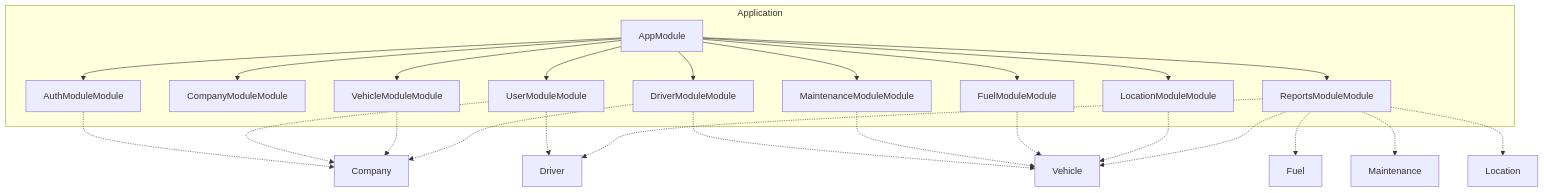
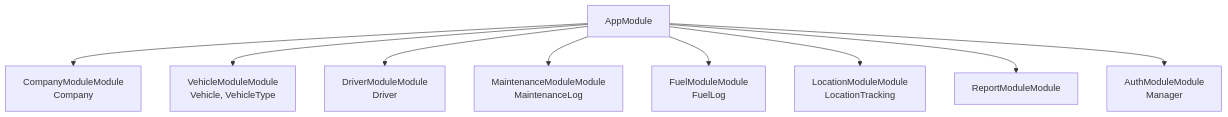
The diagram in output/nestjs/ARCHITECTURE.md (AdmirDemaj1/RDBMS-BUILDER-AGENTIC-MODEL), drawn with Mermaid before and after one commit. The commit also changed other lines of this file and 23 other files, not shown here.

````diff
--- a/output/nestjs/ARCHITECTURE.md
+++ b/output/nestjs/ARCHITECTURE.md
@@ -126,39 +83,20 @@
 ```mermaid
 graph TD
-    subgraph Application
-        AppModule[AppModule]
-        AuthModule[AuthModuleModule]
-        AppModule --> AuthModule
-        CompanyModule[CompanyModuleModule]
-        AppModule --> CompanyModule
-        UserModule[UserModuleModule]
-        AppModule --> UserModule
-        VehicleModule[VehicleModuleModule]
-        AppModule --> VehicleModule
-        DriverModule[DriverModuleModule]
-        AppModule --> DriverModule
-        MaintenanceModule[MaintenanceModuleModule]
-        AppModule --> MaintenanceModule
-        FuelModule[FuelModuleModule]
-        AppModule --> FuelModule
-        LocationModule[LocationModuleModule]
-        AppModule --> LocationModule
-        ReportsModule[ReportsModuleModule]
-        AppModule --> ReportsModule
-    end
-
-    AuthModule -.-> Company
-    UserModule -.-> Company
-    UserModule -.-> Driver
-    VehicleModule -.-> Company
-    DriverModule -.-> Company
-    DriverModule -.-> Vehicle
-    MaintenanceModule -.-> Vehicle
-    FuelModule -.-> Vehicle
-    LocationModule -.-> Vehicle
-    ReportsModule -.-> Vehicle
-    ReportsModule -.-> Fuel
-    ReportsModule -.-> Maintenance
-    ReportsModule -.-> Location
-    ReportsModule -.-> Driver
+    AppModule[AppModule]
+    CompanyModule[CompanyModuleModule<br/>Company]
+    AppModule --> CompanyModule
+    VehicleModule[VehicleModuleModule<br/>Vehicle, VehicleType]
+    AppModule --> VehicleModule
+    DriverModule[DriverModuleModule<br/>Driver]
+    AppModule --> DriverModule
+    MaintenanceModule[MaintenanceModuleModule<br/>MaintenanceLog]
+    AppModule --> MaintenanceModule
+    FuelModule[FuelModuleModule<br/>FuelLog]
+    AppModule --> FuelModule
+    LocationModule[LocationModuleModule<br/>LocationTracking]
+    AppModule --> LocationModule
+    ReportModule[ReportModuleModule<br/>]
+    AppModule --> ReportModule
+    AuthModule[AuthModuleModule<br/>Manager]
+    AppModule --> AuthModule
 ```
````
